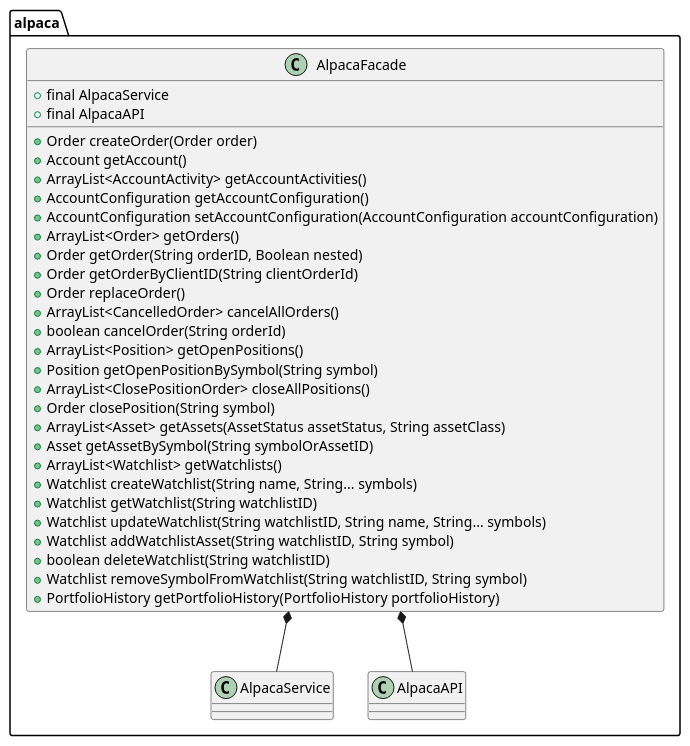
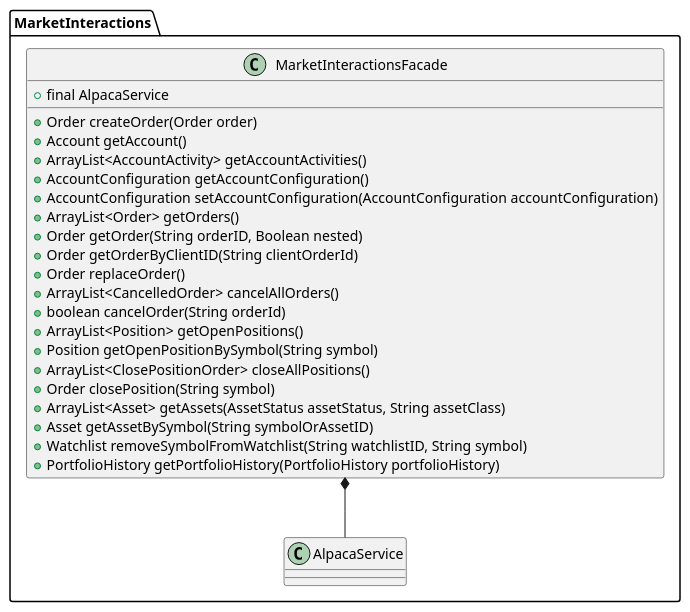
The diagram in backend/diagram/class/AlpacaPackage.puml (DPigeon/Money-Tree), drawn with PlantUML before and after one commit. The commit also changed 7 other files, not shown here.

Commit message:
Issue #63: refactor class diagram

```diff
--- a/backend/diagram/class/AlpacaPackage.puml
+++ b/backend/diagram/class/AlpacaPackage.puml
@@ -1,47 +1,36 @@
 @startuml
 
-package alpaca {
-    class AlpacaFacade {
+package MarketInteractions {
+    class MarketInteractionsFacade {
         +final AlpacaService
-        +final AlpacaAPI
 
         +Order createOrder(Order order)
         +Account getAccount()
         +ArrayList<AccountActivity> getAccountActivities()
         +AccountConfiguration getAccountConfiguration()
         +AccountConfiguration setAccountConfiguration(AccountConfiguration accountConfiguration)
         +ArrayList<Order> getOrders()
         +Order getOrder(String orderID, Boolean nested)
         +Order getOrderByClientID(String clientOrderId)
         +Order replaceOrder()
         +ArrayList<CancelledOrder> cancelAllOrders()
         +boolean cancelOrder(String orderId)
         +ArrayList<Position> getOpenPositions()
         +Position getOpenPositionBySymbol(String symbol)
         +ArrayList<ClosePositionOrder> closeAllPositions()
         +Order closePosition(String symbol)
         +ArrayList<Asset> getAssets(AssetStatus assetStatus, String assetClass)
         +Asset getAssetBySymbol(String symbolOrAssetID)
-        +ArrayList<Watchlist> getWatchlists()
-        +Watchlist createWatchlist(String name, String... symbols)
-        +Watchlist getWatchlist(String watchlistID)
-        +Watchlist updateWatchlist(String watchlistID, String name, String... symbols)
-        +Watchlist addWatchlistAsset(String watchlistID, String symbol)
-        +boolean deleteWatchlist(String watchlistID)
         +Watchlist removeSymbolFromWatchlist(String watchlistID, String symbol)
         +PortfolioHistory getPortfolioHistory(PortfolioHistory portfolioHistory)
     }
 
     class AlpacaService {
 
     }
 
-    class AlpacaAPI {
-
-    }
 }
 
-AlpacaFacade *-- AlpacaService
-AlpacaFacade *-- AlpacaAPI
+MarketInteractionsFacade *-- AlpacaService
 
 @enduml
```
